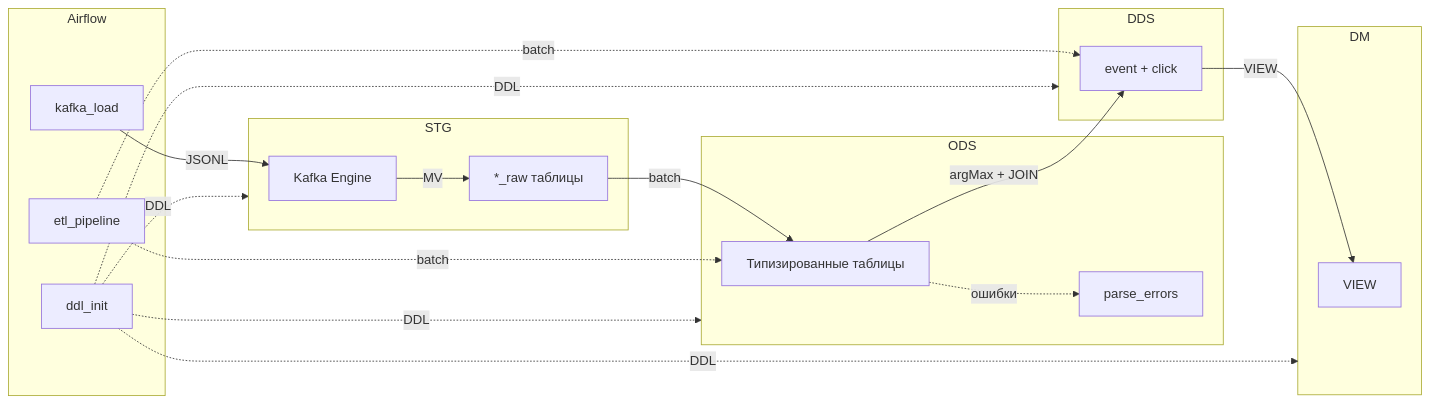
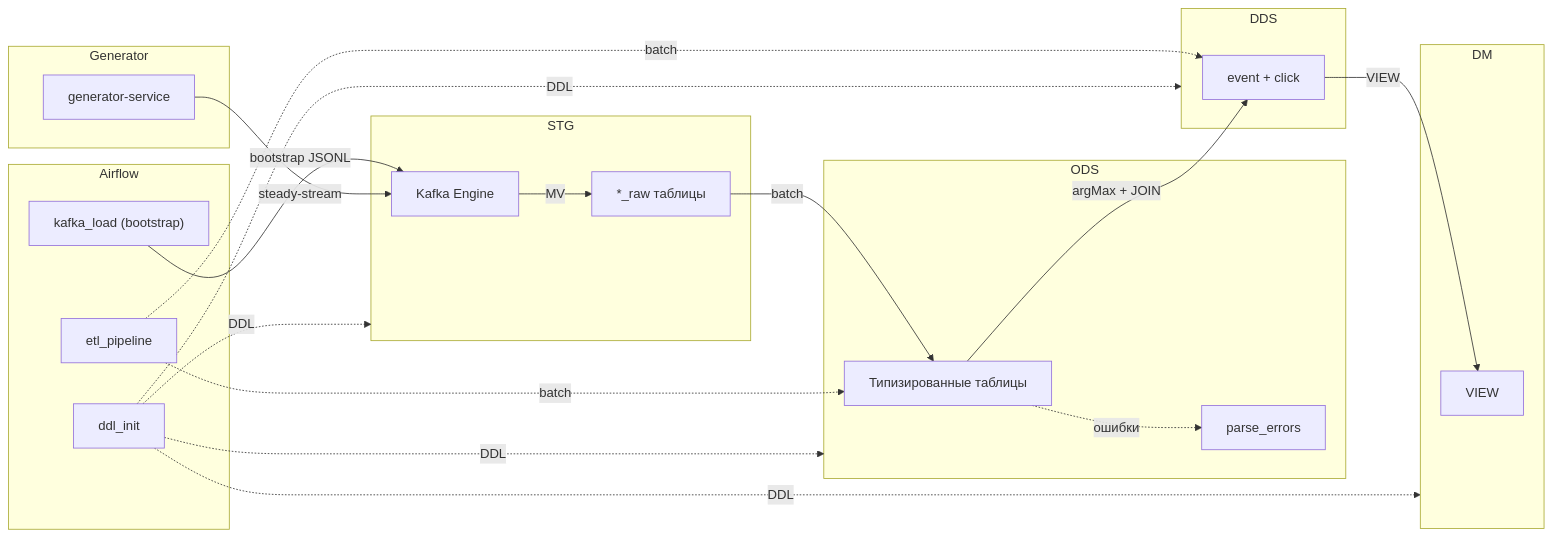
One commit to dementev-dev/clickstream-ch-kafka-superset-demo changed the second of 6 diagrams in docs/ARCHITECTURE.md. Above: the diagram before and after it, drawn with Mermaid. The commit also changed other lines of this file and 3 other files, not shown here.

````diff
--- a/docs/ARCHITECTURE.md
+++ b/docs/ARCHITECTURE.md
@@ -68,34 +79,40 @@
 ```mermaid
 flowchart LR
     subgraph AF["Airflow"]
         DAG1["ddl_init"]
-        DAG2["kafka_load"]
+        DAG2["kafka_load (bootstrap)"]
         DAG3["etl_pipeline"]
+    end
+
+    subgraph GEN["Generator"]
+        G["generator-service"]
     end
 
     subgraph L1["STG"]
         KAFKA["Kafka Engine"]
         STG_T["*_raw таблицы"]
     end
 
     subgraph L2["ODS"]
         ODS_T["Типизированные таблицы"]
         DQ["parse_errors"]
     end
 
     subgraph L3["DDS"]
         DDS_T["event + click"]
     end
 
     subgraph L4["DM"]
         DM_T["VIEW"]
     end
 
-    DAG2 -->|JSONL| KAFKA -->|MV| STG_T
+    DAG2 -->|bootstrap JSONL| KAFKA
+    G -->|steady-stream| KAFKA
+    KAFKA -->|MV| STG_T
     STG_T -->|batch| ODS_T
     ODS_T -->|argMax + JOIN| DDS_T -->|VIEW| DM_T
     ODS_T -.->|ошибки| DQ
 
     DAG1 -.->|DDL| L1 & L2 & L3 & L4
     DAG3 -.->|batch| ODS_T & DDS_T
 ```
````
